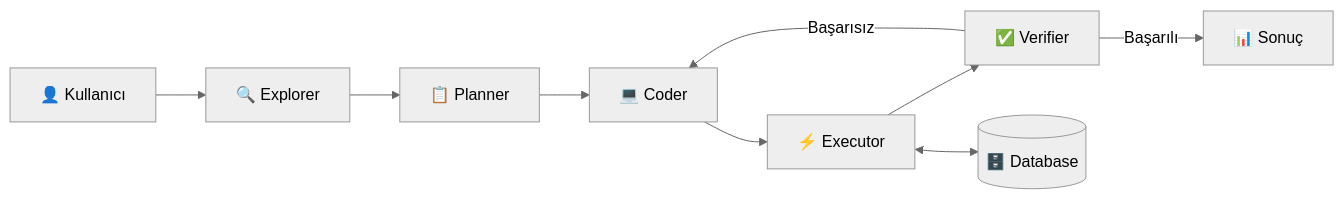
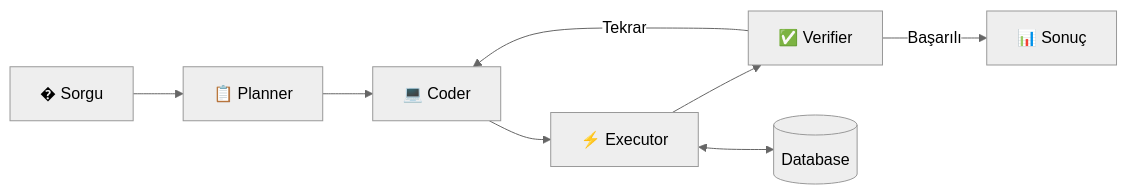
Before and after one commit to 104bit/llm-sql-agent: the diagram in README.md, drawn with Mermaid (neutral theme). The commit also changed other lines of this file and 1 other file, not shown here.

Commit message:
Add English README with language switcher

````diff
--- a/README.md
+++ b/README.md
@@ -5,11 +7,7 @@
 ```mermaid
 flowchart LR
-    A[👤 Kullanıcı] --> B[🔍 Explorer]
-    B --> C[📋 Planner]
-    C --> D[💻 Coder]
-    D --> E[⚡ Executor]
-    E --> F[✅ Verifier]
-    F -->|Başarılı| G[📊 Sonuç]
-    F -->|Başarısız| D
-    E <--> H[(🗄️ Database)]
+    A[� Sorgu] --> B[📋 Planner] --> C[💻 Coder] --> D[⚡ Executor] --> E[✅ Verifier]
+    E -->|Başarılı| F[📊 Sonuç]
+    E -->|Tekrar| C
+    D <--> G[(Database)]
 ```
````
